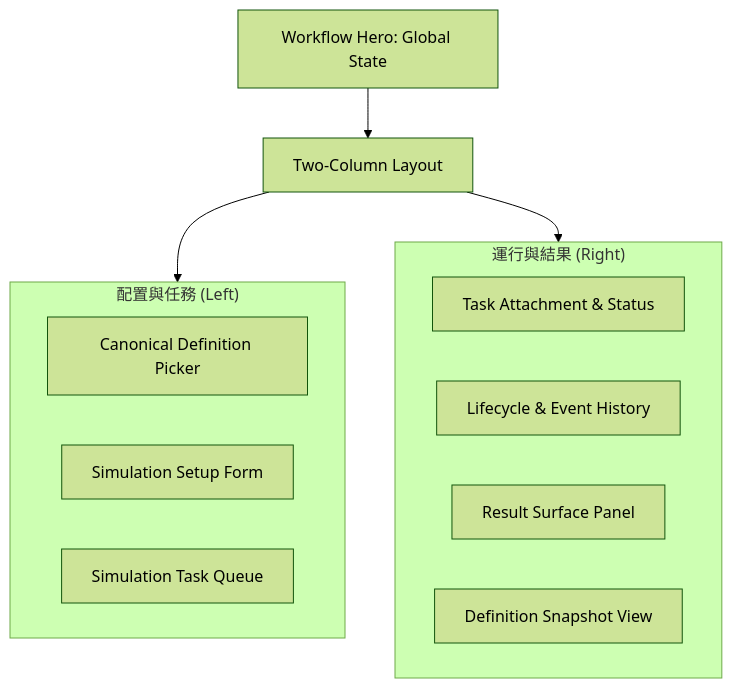
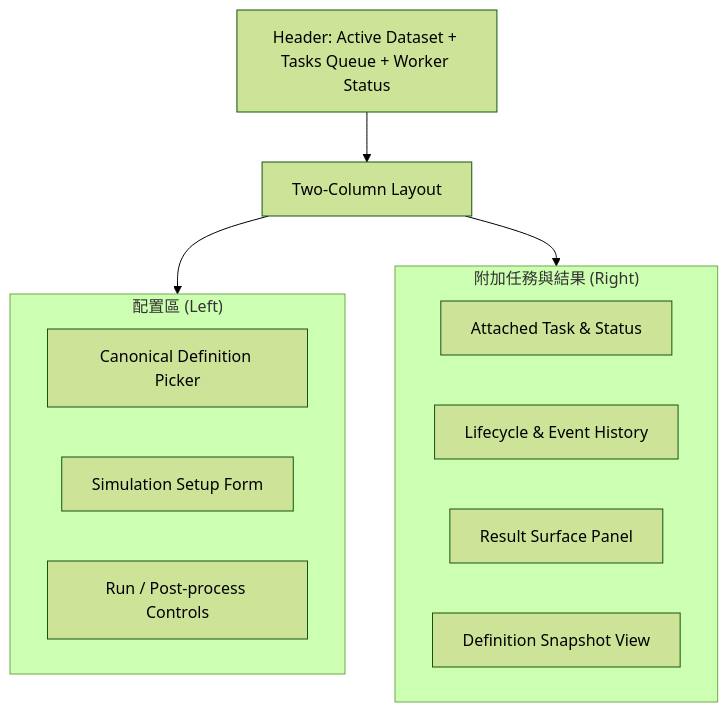
One commit to arfiligol/superconducting-circuits-tutorial changed the diagram in docs/reference/app/frontend/research-workflow/circuit-simulation.md. Above: the diagram before and after it, drawn with Mermaid (forest theme). The commit also changed other lines of this file and 48 other files, not shown here.

````diff
--- a/docs/reference/app/frontend/research-workflow/circuit-simulation.md
+++ b/docs/reference/app/frontend/research-workflow/circuit-simulation.md
@@ -56,20 +42,20 @@
 ```mermaid
 graph TD
-    Hero[Workflow Hero: Global State] --> Main[Two-Column Layout]
-    
-    subgraph Left_Side["配置與任務 (Left)"]
+    Header[Header: Active Dataset + Tasks Queue + Worker Status] --> Main[Two-Column Layout]
+
+    subgraph Left_Side["配置區 (Left)"]
         L1[Canonical Definition Picker]
         L2[Simulation Setup Form]
-        L3[Simulation Task Queue]
+        L3[Run / Post-process Controls]
     end
-    
-    subgraph Right_Side["運行與結果 (Right)"]
-        R1[Task Attachment & Status]
+
+    subgraph Right_Side["附加任務與結果 (Right)"]
+        R1[Attached Task & Status]
         R2[Lifecycle & Event History]
         R3[Result Surface Panel]
         R4[Definition Snapshot View]
     end
-    
+
     Main --> Left_Side
     Main --> Right_Side
 ```
````
